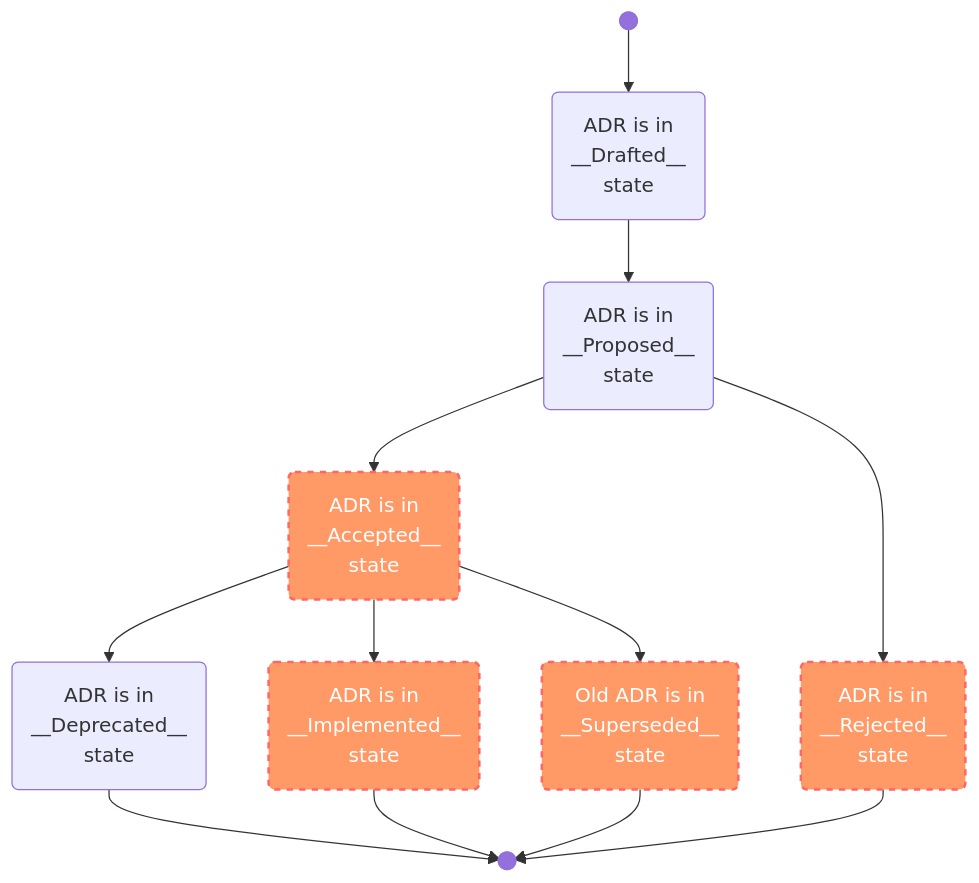
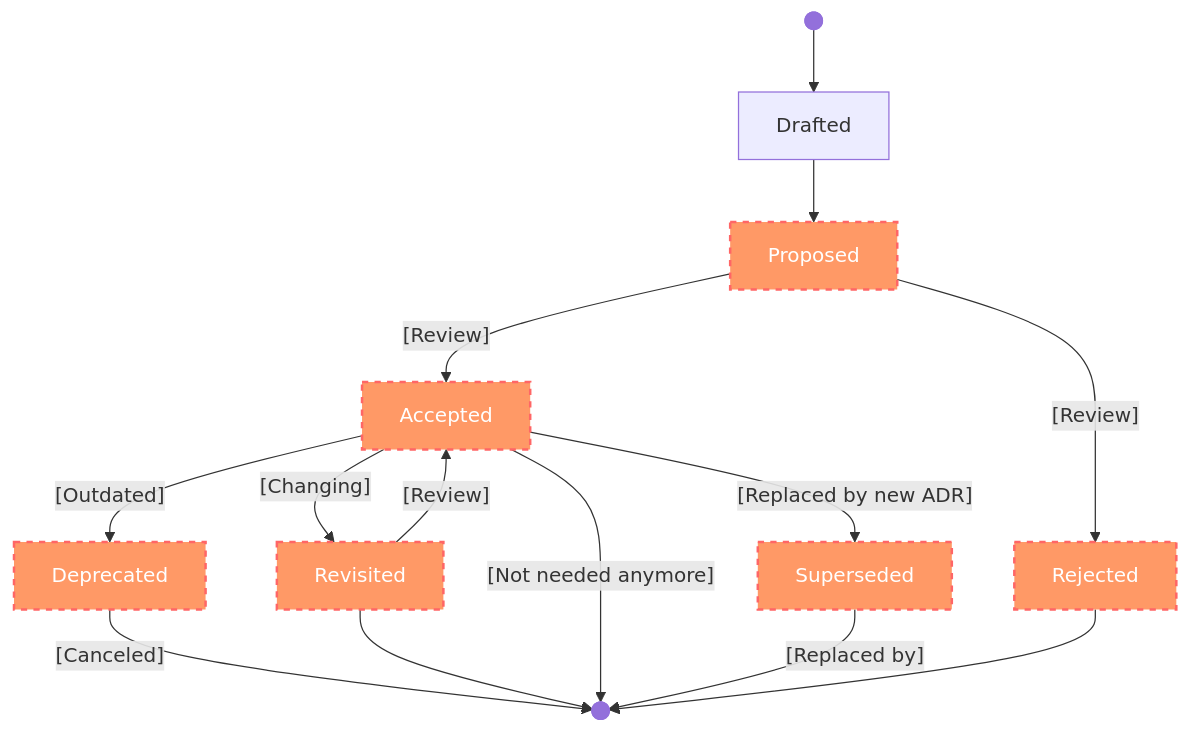
Before and after one commit to rossbachp/DeciCollab: the fourth of 4 diagrams in presentations/introduction/adr-introduction.md, drawn with Mermaid. The commit also changed other lines of this file and 3 other files, not shown here.

````diff
--- a/presentations/introduction/adr-introduction.md
+++ b/presentations/introduction/adr-introduction.md
@@ -188,19 +190,22 @@
 ```mermaid +render
 flowchart TD
+    Start --> Drafted
+    Drafted --> Proposed
+    Proposed    -- [Review] --> Accepted
+    Proposed    -- [Review] --> Rejected
+    Accepted    -- [Changing] --> Revisited
+    Revisited   -- [Review] --> Accepted
+    Accepted    -- [Outdated] --> Deprecated
+    Accepted    -- [Replaced by new ADR] --> Superseded
+    Deprecated  -- [Canceled] --> End
+    Revisited   --> End
+    Accepted    -- [Not needed anymore] --> End
+    Superseded  -- [Replaced by] --> End
+    Rejected    --> End
 
-A1@{ shape: f-circ, label: "Start" } --> A3(ADR is in<br/>__Drafted__<br/>state)
-A3 -->A4(ADR is in<br/>__Proposed__<br/>state)
-A4 -->A6(ADR is in<br/>__Accepted__<br/>state)
-A4 --> A7(ADR is in <br/>__Rejected__<br/>state)
-A6 -->A10(Old ADR is in<br/>__Superseded__<br/>state)
-A6 --> A11(ADR is in <br/>__Implemented__<br/>state)
-A6 --> A12(ADR is in <br/>__Deprecated__<br/>state)
-A8@{ shape: f-circ, label: "END" }
-A12 --> A8
-A11 --> A8
-A10 --> A8
-A7 --> A8
+    Start@{ shape: f-circ, label: "Start" }
+    End@{ shape: f-circ, label: "End" }
 
 classDef state fill:#f96,stroke:#f66,stroke-width:2px,color:#fff,stroke-dasharray: 5 5
-class A6,A7,A10,A11 state;
+class Proposed,Accepted,Rejected,Revisited,Deprecated,Deprecated,Decied,Superseded state;
 ```
````
